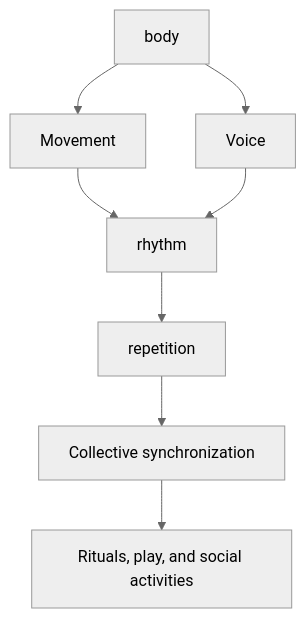
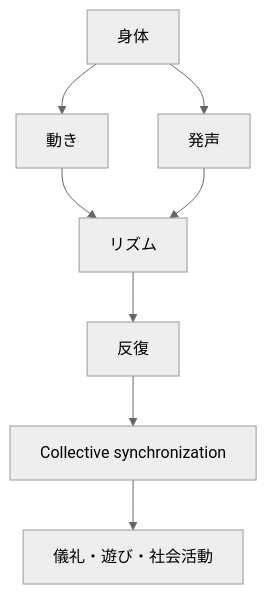
Before and after one commit to monumental-movement/monumental-movement.github.io: the second of 2 diagrams in en/_posts/2026-08-10-column-why-humans-invented-music-before-writing-part2.md, drawn with Mermaid (neutral theme). The commit also changed other lines of this file and 2196 other files, not shown here.

```diff
--- a/en/_posts/2026-08-10-column-why-humans-invented-music-before-writing-part2.md
+++ b/en/_posts/2026-08-10-column-why-humans-invented-music-before-writing-part2.md
@@ -404,10 +404,10 @@
 <div class="mermaid">
 flowchart TD
-    A["body"] --> B["Movement"]
-    A --> C["Voice"]
-    B --> D["rhythm"]
+    A["身体"] --> B["動き"]
+    A --> C["発声"]
+    B --> D["リズム"]
     C --> D
-    D --> E["repetition"]
+    D --> E["反復"]
     E --> F["Collective synchronization"]
-    F --> G["Rituals, play, and social activities"]
+    F --> G["儀礼・遊び・社会活動"]
 </div>
```
